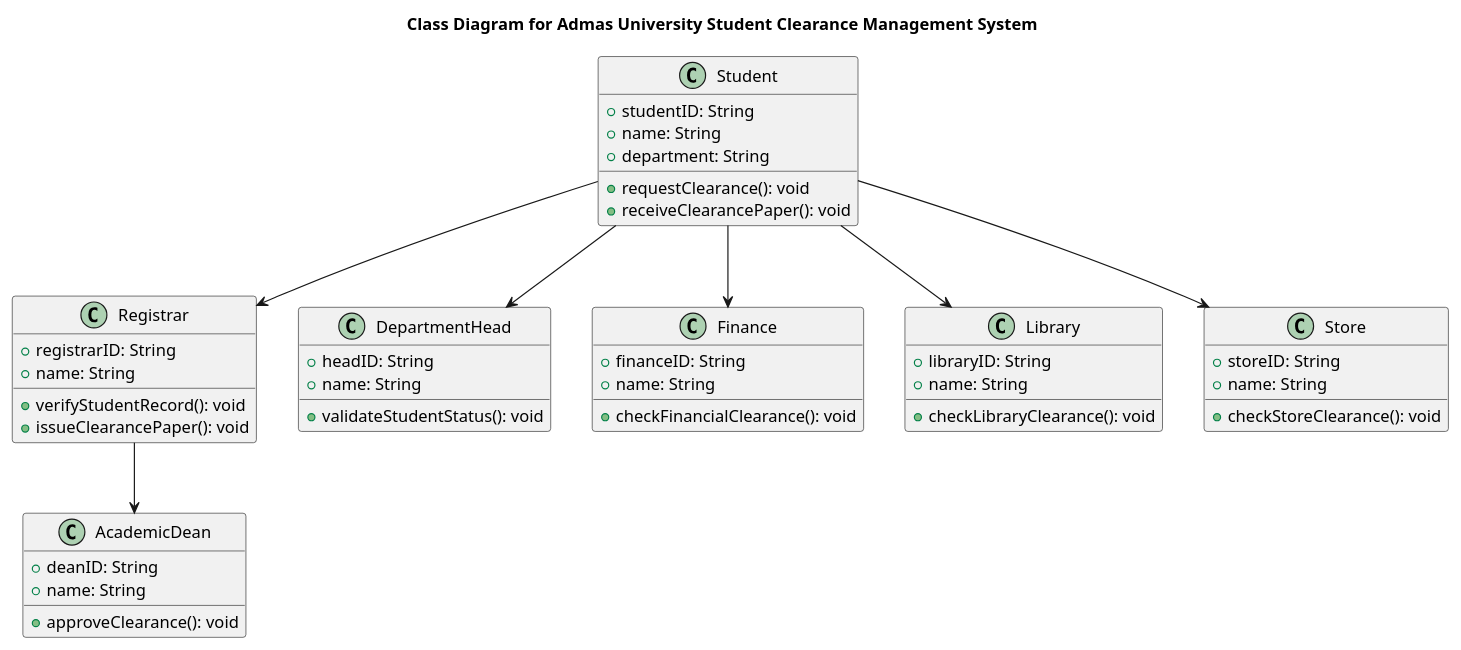
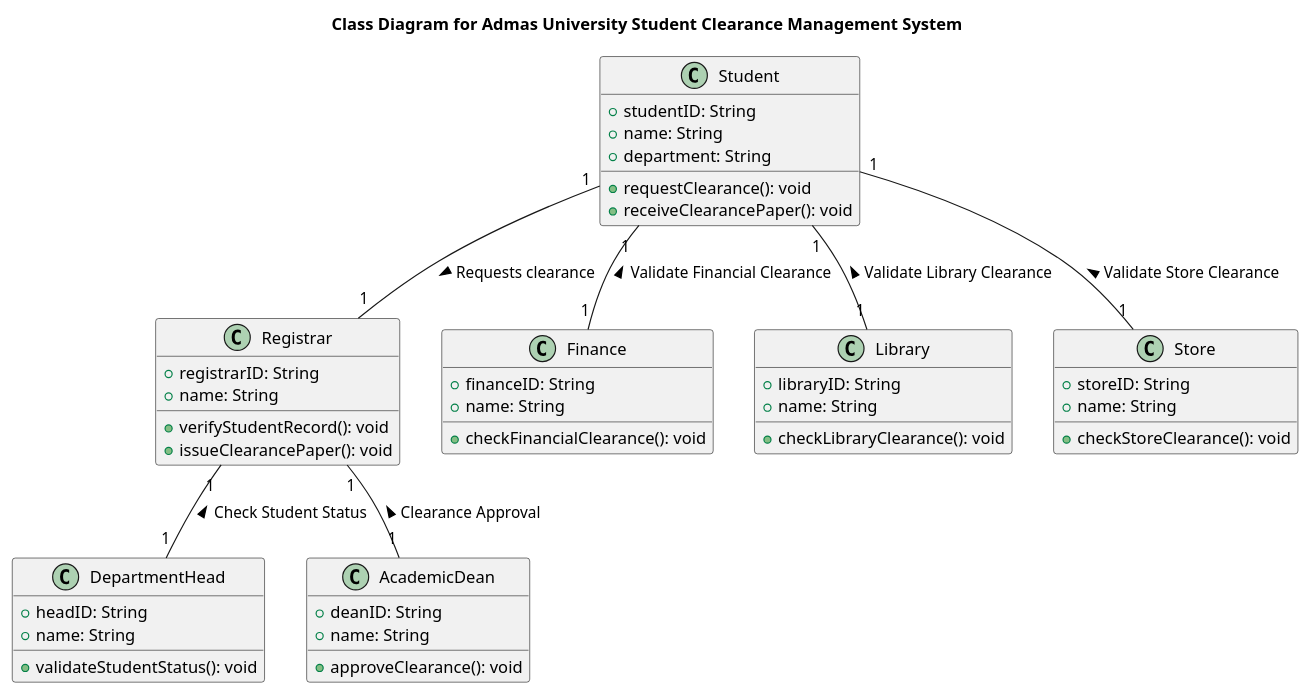
One commit to Betty-edit/AU-Student-Clearance-Management-System changed the diagram in class-diag.puml. Above: the diagram before and after it, drawn with PlantUML.

Commit message:
Updated relationships and clearance validation processes

```diff
--- a/class-diag.puml
+++ b/class-diag.puml
@@ -1,55 +1,55 @@
 @startuml
 
 title Class Diagram for Admas University Student Clearance Management System
 
 class Student {
     +studentID: String
     +name: String
     +department: String
     +requestClearance(): void
     +receiveClearancePaper(): void
 }
 
 class Registrar {
     +registrarID: String
     +name: String
     +verifyStudentRecord(): void
     +issueClearancePaper(): void
 }
 
 class DepartmentHead {
     +headID: String
     +name: String
     +validateStudentStatus(): void
 }
 
 class AcademicDean {
     +deanID: String
     +name: String
     +approveClearance(): void
 }
 
 class Finance {
     +financeID: String
     +name: String
     +checkFinancialClearance(): void
 }
 
 class Library {
     +libraryID: String
     +name: String
     +checkLibraryClearance(): void
 }
 
 class Store {
     +storeID: String
     +name: String
     +checkStoreClearance(): void
 }
-Student  --> Registrar
-Student  --> Library
-Student --> Finance
-Student --> Store
-Student --> DepartmentHead 
-Registrar -->AcademicDean
+Student "1" -- "1" Registrar : > Requests clearance
+Student "1" --"1" Library : < Validate Library Clearance
+Student "1" -- "1" Finance: < Validate Financial Clearance
+Student "1" -- "1" Store : < Validate Store Clearance
+Registrar "1" -- "1" DepartmentHead : < Check Student Status
+Registrar "1" -- "1" AcademicDean: < Clearance Approval
 @enduml
```
